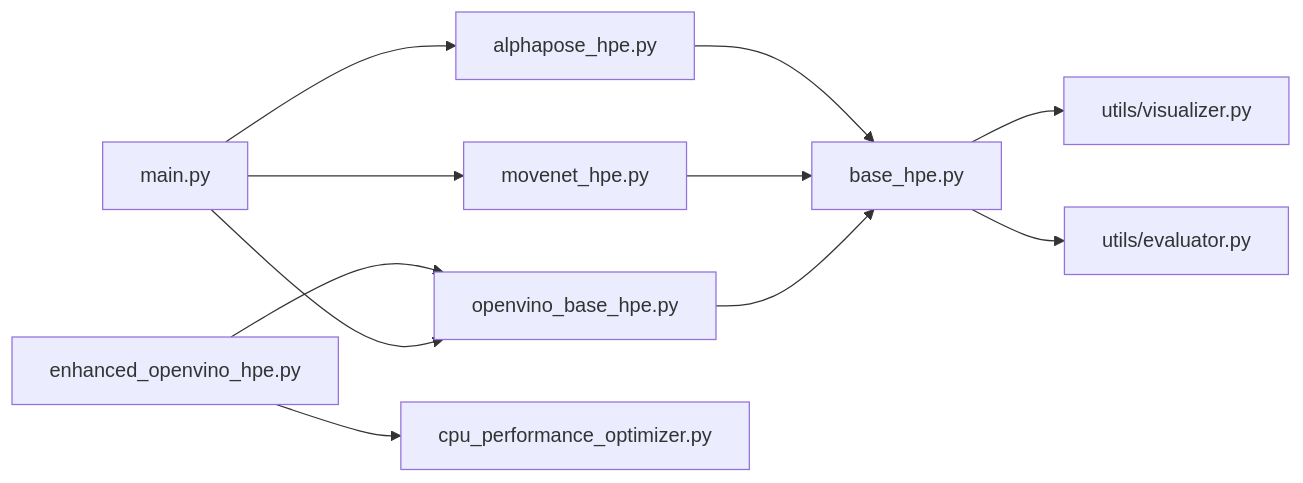
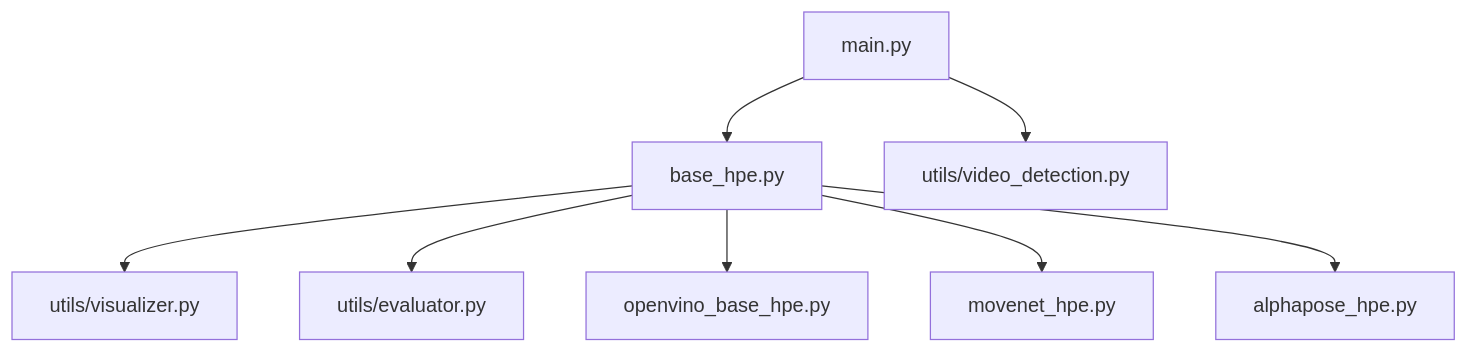
One commit to Fogus-Gr/MeasurementsDTs changed the tenth of 10 diagrams in .qoder/repowiki/en/content/Core Architecture/Core Architecture.md. Above: the diagram before and after it, drawn with Mermaid. The commit also changed other lines of this file and 158 other files, not shown here.

````diff
--- a/.qoder/repowiki/en/content/Core Architecture/Core Architecture.md
+++ b/.qoder/repowiki/en/content/Core Architecture/Core Architecture.md
@@ -433,13 +353,10 @@
 ```mermaid
-graph LR
-MAIN["main.py"] --> OVB["openvino_base_hpe.py"]
-MAIN --> MOV["movenet_hpe.py"]
-MAIN --> ALP["alphapose_hpe.py"]
-OVB --> BASE["base_hpe.py"]
-MOV --> BASE
-ALP --> BASE
-OVB_OPT["enhanced_openvino_hpe.py"] --> OVB
-OVB_OPT --> CPU["cpu_performance_optimizer.py"]
-BASE --> VIS["utils/visualizer.py"]
-BASE --> EVAL["utils/evaluator.py"]
+graph TB
+M["main.py"] --> B["base_hpe.py"]
+M --> UVD["utils/video_detection.py"]
+B --> UVIS["utils/visualizer.py"]
+B --> UE["utils/evaluator.py"]
+B --> OV["openvino_base_hpe.py"]
+B --> MV["movenet_hpe.py"]
+B --> AP["alphapose_hpe.py"]
 ```
````
